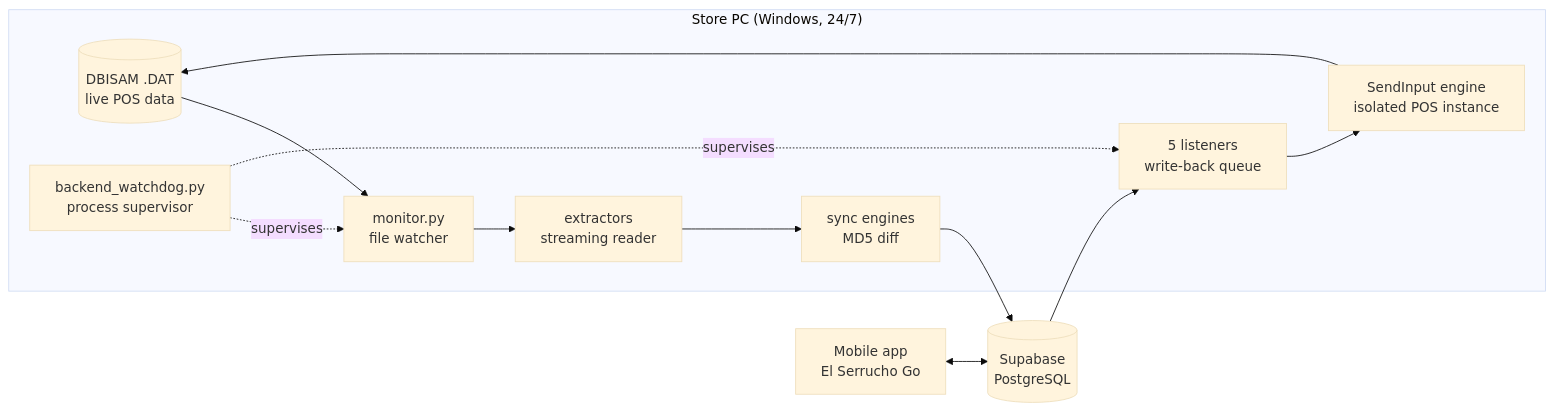
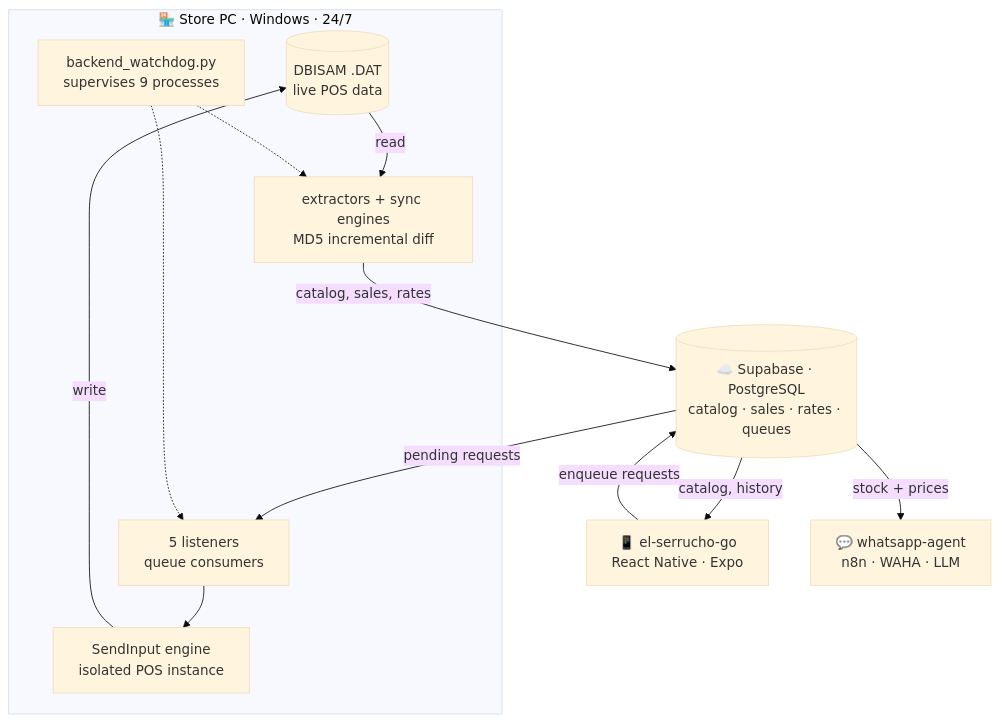
Before and after one commit to Gus2708/Hybrid-on-cloud: the diagram in README.md, drawn with Mermaid (base theme). The commit also changed other lines of this file, not shown here.

````diff
--- a/README.md
+++ b/README.md
@@ -48,19 +57,22 @@
 ```mermaid
-flowchart LR
-    subgraph Store["Store PC (Windows, 24/7)"]
+flowchart TB
+    subgraph Store["🏪 Store PC · Windows · 24/7"]
         DAT[("DBISAM .DAT<br/>live POS data")]
-        MON["monitor.py<br/>file watcher"]
-        EXT["extractors<br/>streaming reader"]
-        SYNC["sync engines<br/>MD5 diff"]
-        WD["backend_watchdog.py<br/>process supervisor"]
-        LIS["5 listeners<br/>write-back queue"]
+        SYNC["extractors + sync engines<br/>MD5 incremental diff"]
+        LIS["5 listeners<br/>queue consumers"]
         UI["SendInput engine<br/>isolated POS instance"]
+        WD["backend_watchdog.py<br/>supervises 9 processes"]
     end
-    SUPA[("Supabase<br/>PostgreSQL")]
-    APP["Mobile app<br/>El Serrucho Go"]
 
-    DAT --> MON --> EXT --> SYNC --> SUPA
-    SUPA --> LIS --> UI --> DAT
-    APP <--> SUPA
-    WD -.supervises.-> MON & LIS
+    SUPA[("☁️ Supabase · PostgreSQL<br/>catalog · sales · rates · queues")]
+
+    APP["📱 el-serrucho-go<br/>React Native · Expo"]
+    BOT["💬 whatsapp-agent<br/>n8n · WAHA · LLM"]
+
+    DAT -->|read| SYNC -->|catalog, sales, rates| SUPA
+    SUPA -->|pending requests| LIS --> UI -->|write| DAT
+    APP -->|enqueue requests| SUPA
+    SUPA -->|catalog, history| APP
+    SUPA -->|stock + prices| BOT
+    WD -.-> SYNC & LIS
 ```
````
